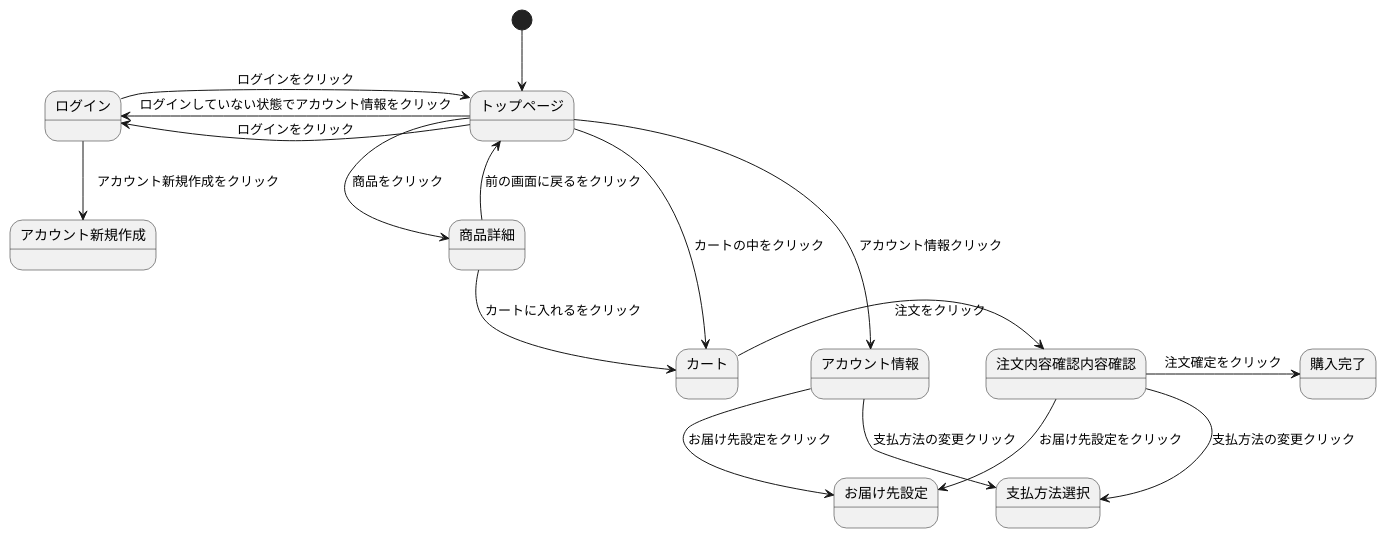
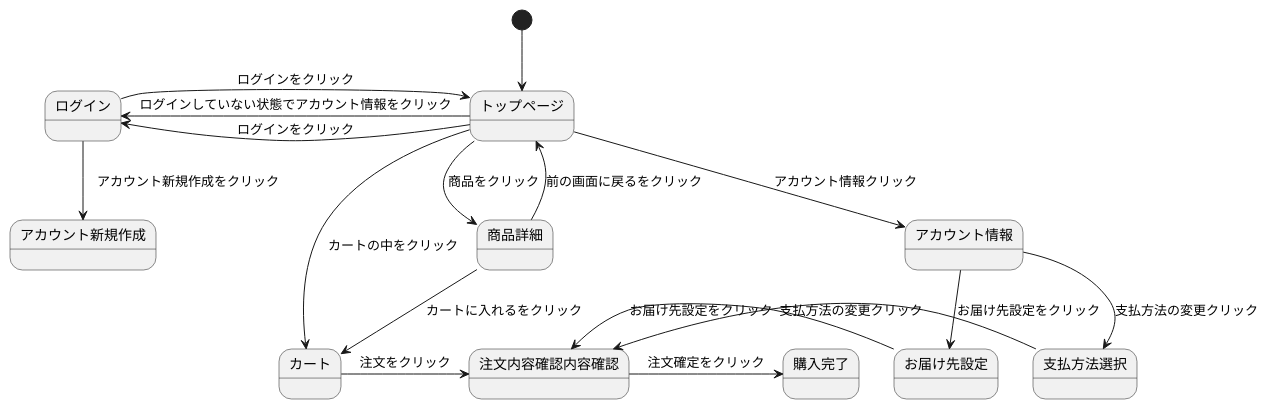
Before and after one commit to Aso2001133/2021sys-design: the diagram in sumple_01.md, drawn with PlantUML.

````diff
--- a/sumple_01.md
+++ b/sumple_01.md
@@ -1,35 +1,35 @@
 ```uml
 @startuml
 [*] --> トップページ 
 
 トップページ -> アカウント情報 : アカウント情報クリック 
 
 トップページ -left-> ログイン : ログインをクリック
 
 トップページ -left-> ログイン : ログインしていない状態でアカウント情報をクリック
 
 トップページ --> 商品詳細 : 商品をクリック 
 
 トップページ --> カート : カートの中をクリック 
 
 ログイン -> トップページ : ログインをクリック
 
 ログイン --> アカウント新規作成 :　アカウント新規作成をクリック
 
 アカウント情報 --> お届け先設定 : お届け先設定をクリック 
 
 アカウント情報 --> 支払方法選択 : 支払方法の変更クリック
 
 商品詳細 --> カート : カートに入れるをクリック 
 
 商品詳細 --> トップページ : 前の画面に戻るをクリック 
 
 カート -> 注文内容確認内容確認 : 注文をクリック 
 
-注文内容確認内容確認 --> お届け先設定 : お届け先設定をクリック 
+注文内容確認内容確認 <-- お届け先設定 : お届け先設定をクリック 
 
-注文内容確認内容確認 --> 支払方法選択 : 支払方法の変更クリック
+注文内容確認内容確認 <-- 支払方法選択 : 支払方法の変更クリック
 
 注文内容確認内容確認 -> 購入完了 : 注文確定をクリック 
 @enduml
 ```
````
